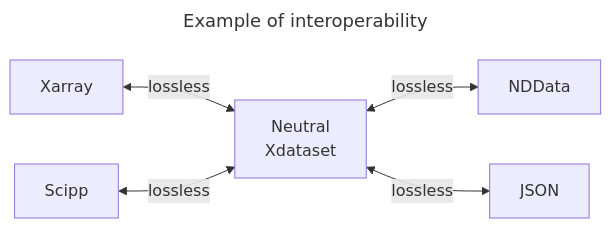
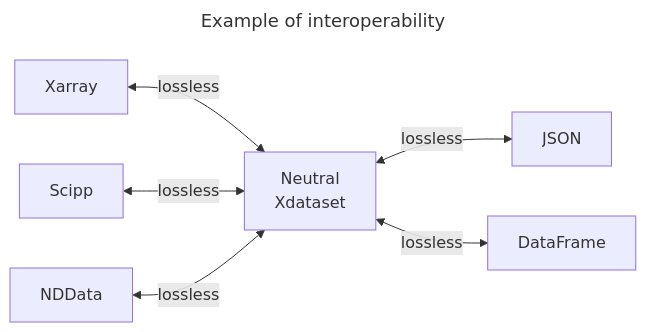
The diagram in README.md (loco-philippe/ntv-numpy), drawn with Mermaid before and after one commit. The commit also changed other lines of this file and 40 other files, not shown here.

````diff
--- a/README.md
+++ b/README.md
@@ -34,10 +34,11 @@
 ```mermaid
 ---
 title: Example of interoperability
 ---
 flowchart LR
     A[Xarray] <--lossless--> B[Neutral\nXdataset]
-    B <--lossless--> C[NDData]
     D[Scipp] <--lossless--> B
+    C[NDData] <--lossless--> B
     B <--lossless--> E[JSON]
+    B <--lossless--> F[DataFrame]
 ```
````
